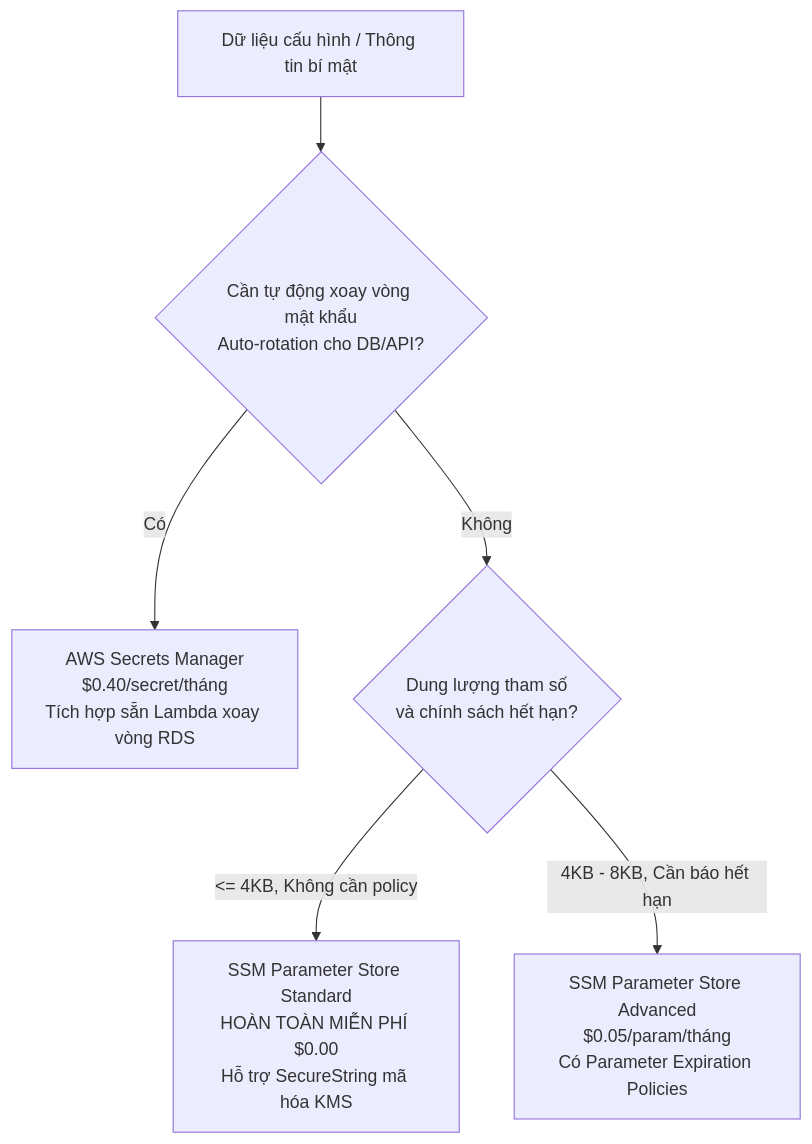
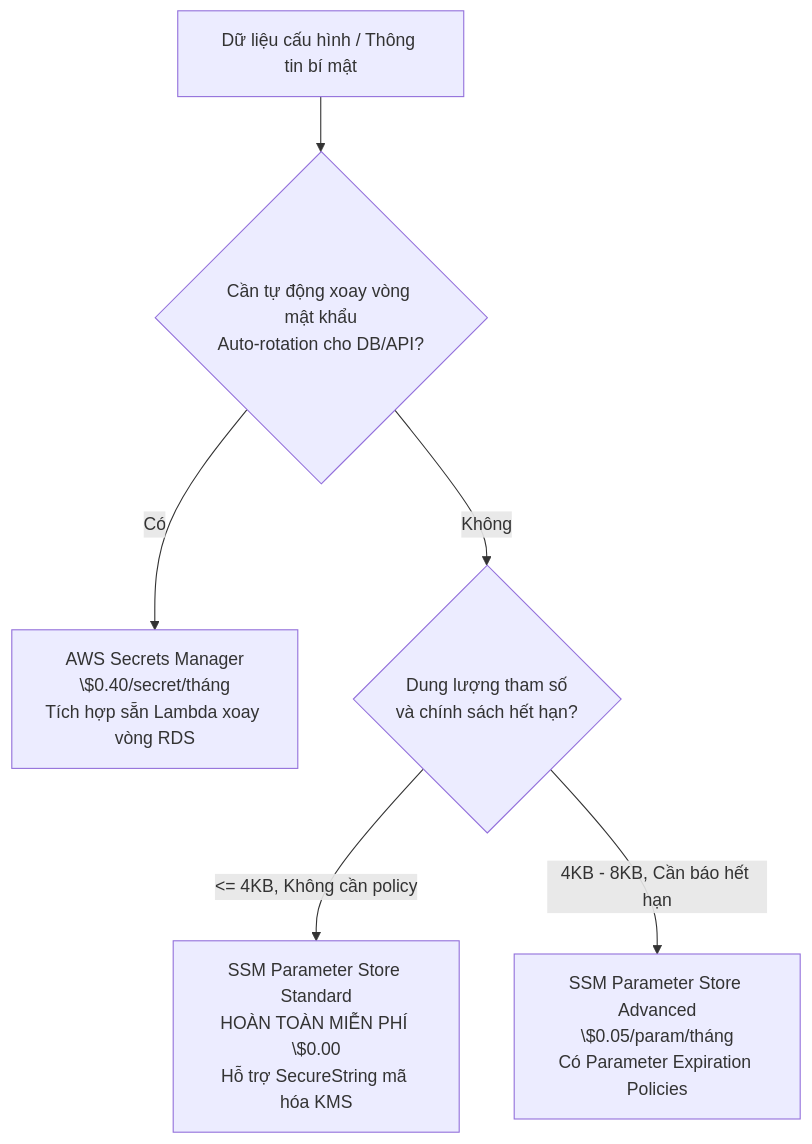
The fourth of 7 diagrams in AWS_Services/KMS_Security_Encryption.md (nhatphanhk/AWS_XBrain_Note), drawn with Mermaid before and after one commit. The commit also changed other lines of this file and 20 other files, not shown here.

````diff
--- a/AWS_Services/KMS_Security_Encryption.md
+++ b/AWS_Services/KMS_Security_Encryption.md
@@ -131,8 +132,8 @@
 ```mermaid
 flowchart TD
     Input[Dữ liệu cấu hình / Thông tin bí mật] --> CheckRotate{Cần tự động xoay vòng mật khẩu\nAuto-rotation cho DB/API?}
-    CheckRotate -- Có --> SM[AWS Secrets Manager\n$0.40/secret/tháng\nTích hợp sẵn Lambda xoay vòng RDS]
+    CheckRotate -- Có --> SM[AWS Secrets Manager\n\$0.40/secret/tháng\nTích hợp sẵn Lambda xoay vòng RDS]
     CheckRotate -- Không --> CheckSize{Dung lượng tham số\nvà chính sách hết hạn?}
-    CheckSize -- <= 4KB, Không cần policy --> SSM_Std[SSM Parameter Store Standard\nHOÀN TOÀN MIỄN PHÍ $0.00\nHỗ trợ SecureString mã hóa KMS]
-    CheckSize -- 4KB - 8KB, Cần báo hết hạn --> SSM_Adv[SSM Parameter Store Advanced\n$0.05/param/tháng\nCó Parameter Expiration Policies]
+    CheckSize -- <= 4KB, Không cần policy --> SSM_Std[SSM Parameter Store Standard\nHOÀN TOÀN MIỄN PHÍ \$0.00\nHỗ trợ SecureString mã hóa KMS]
+    CheckSize -- 4KB - 8KB, Cần báo hết hạn --> SSM_Adv[SSM Parameter Store Advanced\n\$0.05/param/tháng\nCó Parameter Expiration Policies]
 ```
````
